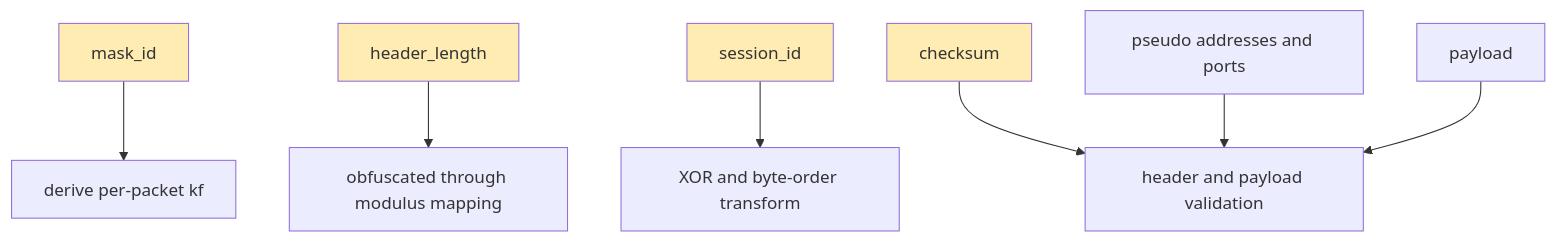
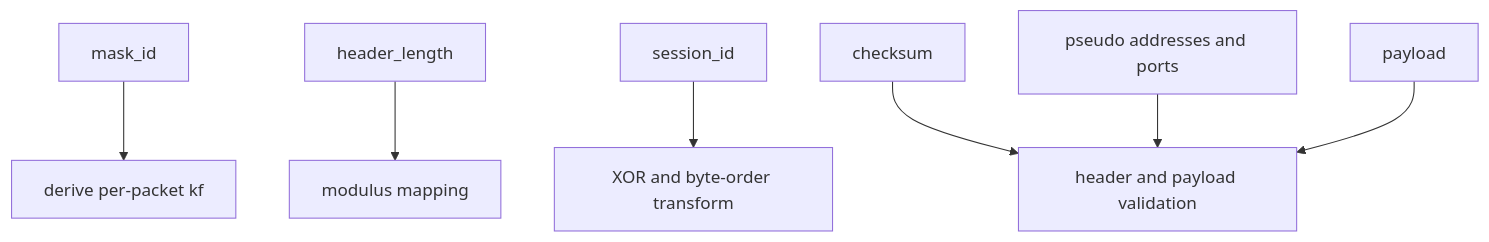
The second of 3 diagrams in docs/PACKET_FORMATS.md (HyacinthHaru/openppp2), drawn with Mermaid before and after one commit. The commit also changed other lines of this file and 45 other files, not shown here.

````diff
--- a/docs/PACKET_FORMATS.md
+++ b/docs/PACKET_FORMATS.md
@@ -207,14 +124,9 @@
 ```mermaid
 flowchart TD
     A[mask_id] --> B[derive per-packet kf]
-    C[header_length] --> D[obfuscated through modulus mapping]
+    C[header_length] --> D[modulus mapping]
     E[session_id] --> F[XOR and byte-order transform]
     G[checksum] --> H[header and payload validation]
     I[pseudo addresses and ports] --> H
     J[payload] --> H
-    
-    style A fill:#ffecb3
-    style C fill:#ffecb3
-    style E fill:#ffecb3
-    style G fill:#ffecb3
 ```
````
